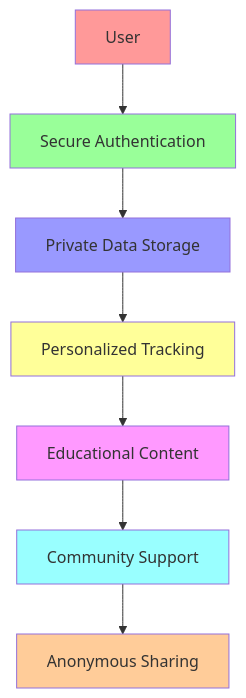
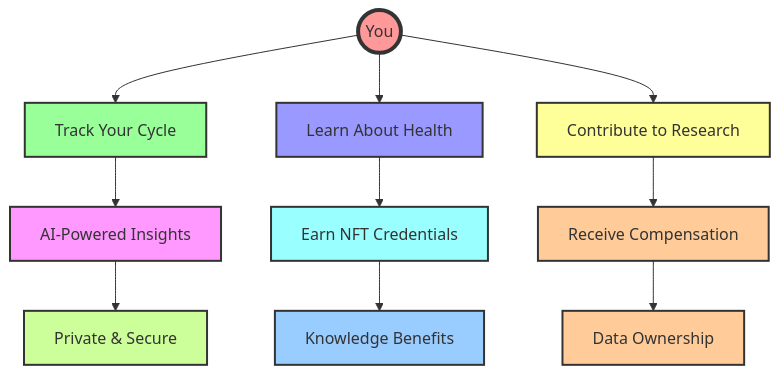
The first of 8 diagrams in README.md (jaffarkeikei/CycleBuddy), drawn with Mermaid before and after one commit. The commit also changed other lines of this file and 17 other files, not shown here.

Commit message:
Implement CycleBuddy breakthrough features: AI Health Insights, NFT Education, Research Marketplace, and update documentation for new architecture

````diff
--- a/README.md
+++ b/README.md
@@ -17,17 +17,25 @@
 ```mermaid
 graph TD
-    A[User] --> B[Secure Authentication]
-    B --> C[Private Data Storage]
-    C --> D[Personalized Tracking]
-    D --> E[Educational Content]
-    E --> F[Community Support]
-    F --> G[Anonymous Sharing]
+    User((You)) --> A[Track Your Cycle]
+    User --> B[Learn About Health]
+    User --> C[Contribute to Research]
     
-    style A fill:#ff9999
-    style B fill:#99ff99
-    style C fill:#9999ff
-    style D fill:#ffff99
-    style E fill:#ff99ff
-    style F fill:#99ffff
-    style G fill:#ffcc99
+    A --> D[AI-Powered Insights]
+    B --> E[Earn NFT Credentials]
+    C --> F[Receive Compensation]
+    
+    D --> G[Private & Secure]
+    E --> H[Knowledge Benefits]
+    F --> I[Data Ownership]
+    
+    style User fill:#ff9999,stroke:#333,stroke-width:4px
+    style A fill:#99ff99,stroke:#333,stroke-width:2px
+    style B fill:#9999ff,stroke:#333,stroke-width:2px
+    style C fill:#ffff99,stroke:#333,stroke-width:2px
+    style D fill:#ff99ff,stroke:#333,stroke-width:2px
+    style E fill:#99ffff,stroke:#333,stroke-width:2px
+    style F fill:#ffcc99,stroke:#333,stroke-width:2px
+    style G fill:#ccff99,stroke:#333,stroke-width:2px
+    style H fill:#99ccff,stroke:#333,stroke-width:2px
+    style I fill:#ffcc99,stroke:#333,stroke-width:2px
 ```
````
